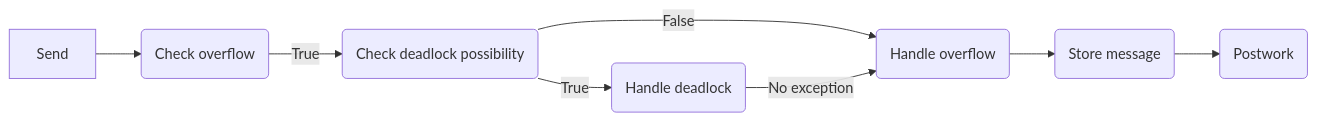
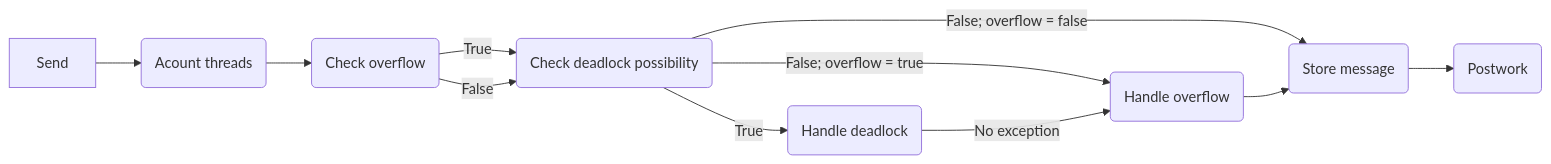
The second of 3 diagrams in ADR.md (R185/message_queue_practical), drawn with Mermaid before and after one commit. The commit also changed other lines of this file, not shown here.

Commit message:
docs(adr): adjusted method pipelines and overridings

````diff
--- a/ADR.md
+++ b/ADR.md
@@ -116,10 +116,13 @@
 ``` mermaid
 flowchart LR
-    A[Send] --> M1(Check overflow) 
+    A[Send] --> M0(Acount threads)
+    M0 --> M1(Check overflow)
     M1 -->|True| M2(Check deadlock possibility)
+    M1 -->|False| M2
     M2 -->|True| M3(Handle deadlock)
-    M2 -->|False| M4(Handle overflow)
+    M2 -->|False; overflow = true| M4(Handle overflow)
+    M2 -->|False; overflow = false| M5(Store message)
     M3 -->|No exception| M4
-    M4 --> M5(Store message)
+    M4 --> M5
     M5 --> M6(Postwork)
 ```
````
